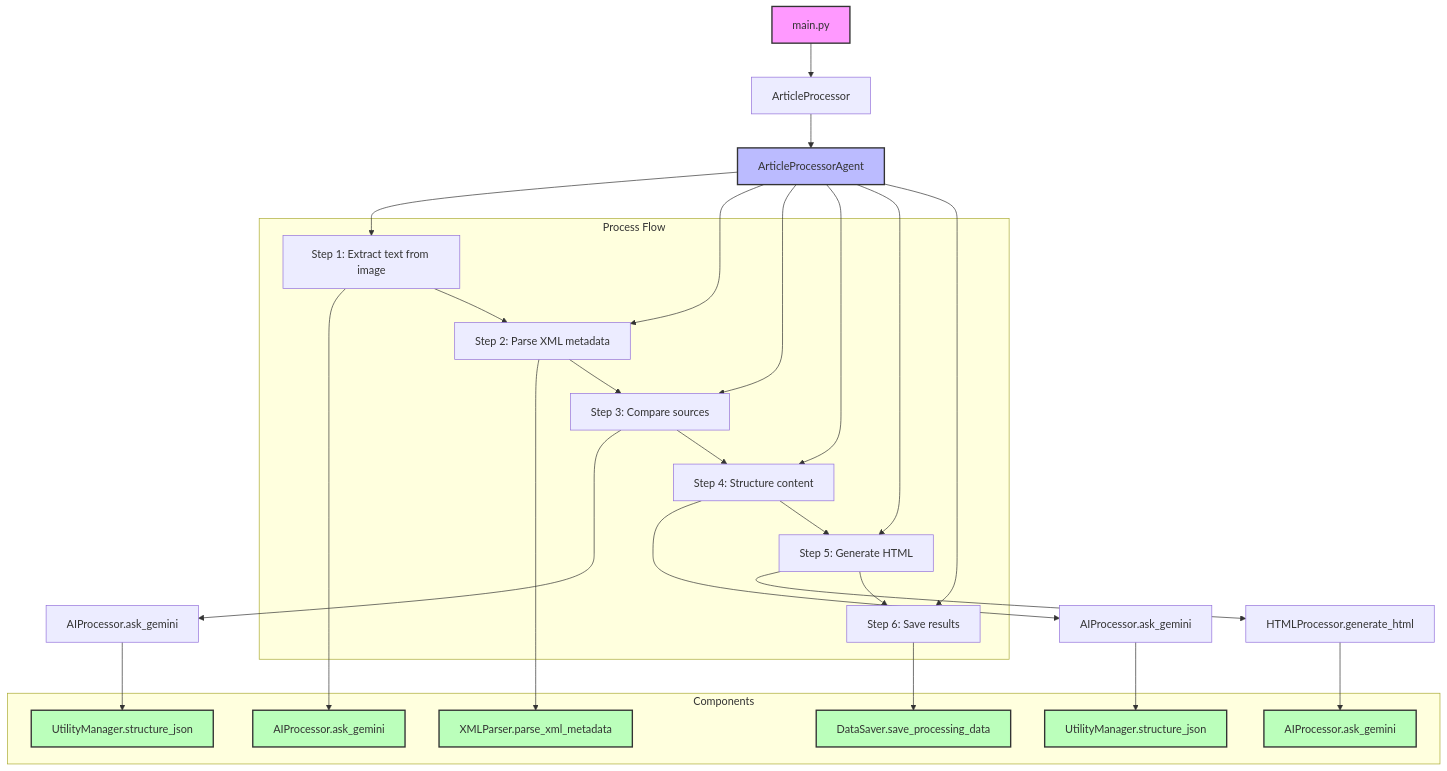
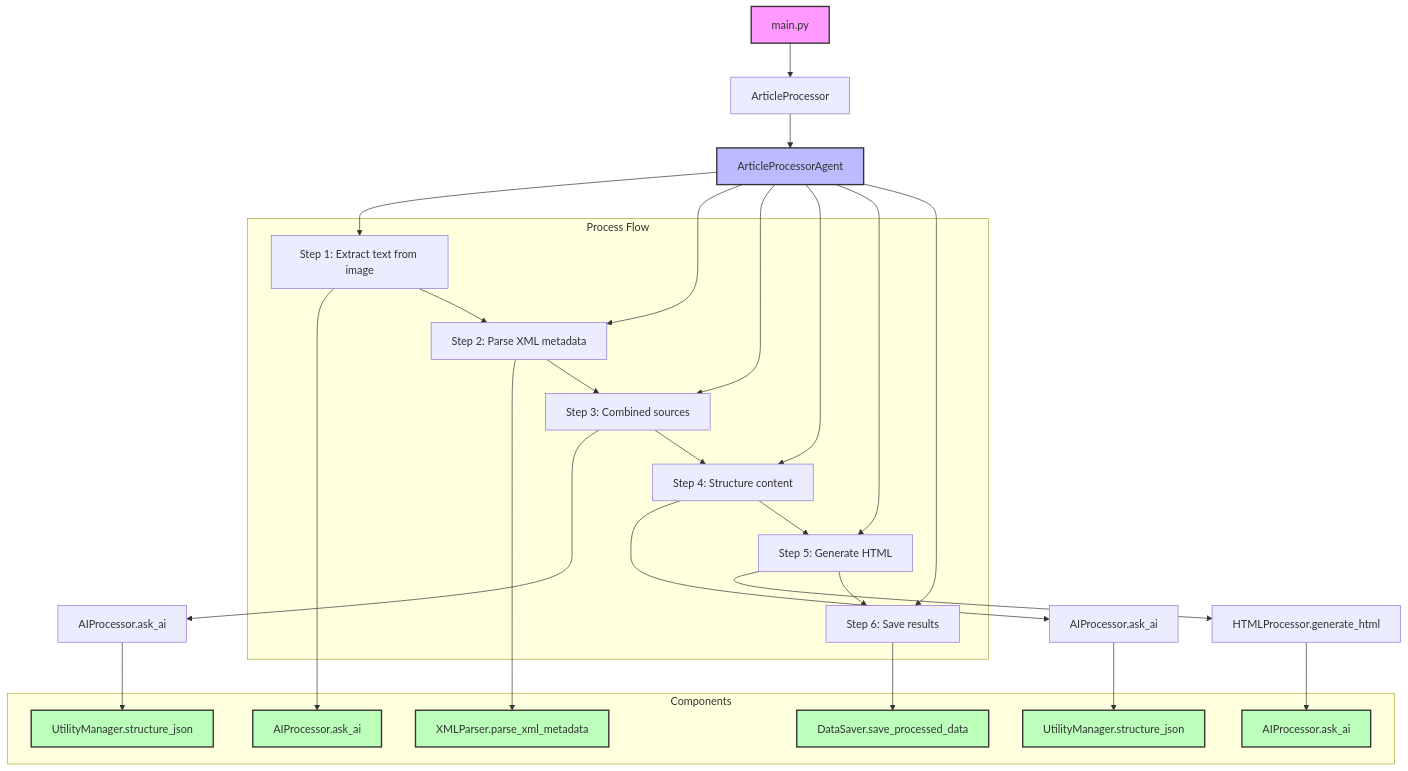
The diagram in README.md (rjoydip/genai-article-processor), drawn with Mermaid before and after one commit. The commit also changed other lines of this file and 15 other files, not shown here.

````diff
--- a/README.md
+++ b/README.md
@@ -26,48 +25,48 @@
 ```mermaid
 graph TD
     A[main.py] --> B[ArticleProcessor]
     B --> C[ArticleProcessorAgent]
     
     C --> D[Step 1: Extract text from image]
-    D --> E[AIProcessor.ask_gemini]
+    D --> E[AIProcessor.ask_ai]
     
     C --> F[Step 2: Parse XML metadata]
     F --> G[XMLParser.parse_xml_metadata]
     
-    C --> H[Step 3: Compare sources]
-    H --> I[AIProcessor.ask_gemini]
+    C --> H[Step 3: Combined sources]
+    H --> I[AIProcessor.ask_ai]
     I --> J[UtilityManager.structure_json]
     
     C --> K[Step 4: Structure content]
-    K --> L[AIProcessor.ask_gemini]
+    K --> L[AIProcessor.ask_ai]
     L --> M[UtilityManager.structure_json]
     
     C --> N[Step 5: Generate HTML]
     N --> O[HTMLProcessor.generate_html]
-    O --> P[AIProcessor.ask_gemini]
+    O --> P[AIProcessor.ask_ai]
     
     C --> Q[Step 6: Save results]
-    Q --> R[DataSaver.save_processing_data]
+    Q --> R[DataSaver.save_processed_data]
     
     subgraph Components
         E
         G
         J
         M
         P
         R
     end
     
     subgraph Process Flow
         D --> F --> H --> K --> N --> Q
     end
     
     style A fill:#f9f,stroke:#333,stroke-width:2px
     style C fill:#bbf,stroke:#333,stroke-width:2px
     style E fill:#bfb,stroke:#333,stroke-width:2px
     style G fill:#bfb,stroke:#333,stroke-width:2px
     style J fill:#bfb,stroke:#333,stroke-width:2px
     style M fill:#bfb,stroke:#333,stroke-width:2px
     style P fill:#bfb,stroke:#333,stroke-width:2px
     style R fill:#bfb,stroke:#333,stroke-width:2px
 ```
````
